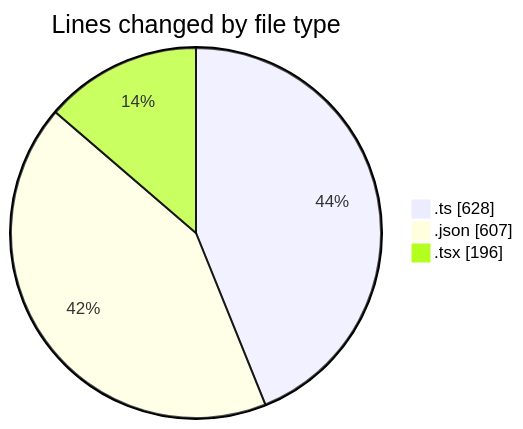
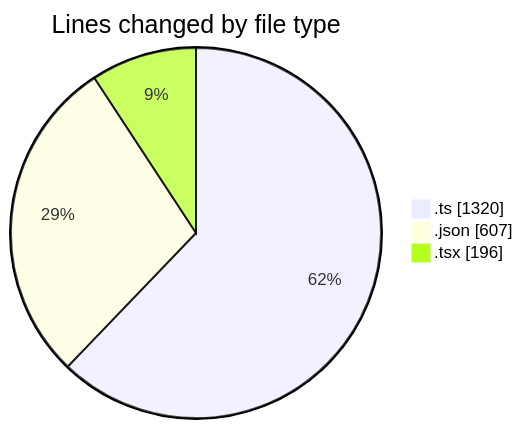
Before and after one commit to EIIisD/code-tracking: the first of 2 diagrams in 2025-07-12/ribbon/README.md, drawn with Mermaid. The commit also changed other lines of this file and 1 other file, not shown here.

````diff
--- a/2025-07-12/ribbon/README.md
+++ b/2025-07-12/ribbon/README.md
@@ -29,7 +30,7 @@
 ```mermaid
 pie showData
 title Lines changed by file type
-".ts" : 628
+".ts" : 1320
 ".json" : 607
 ".tsx" : 196
 ```
````
